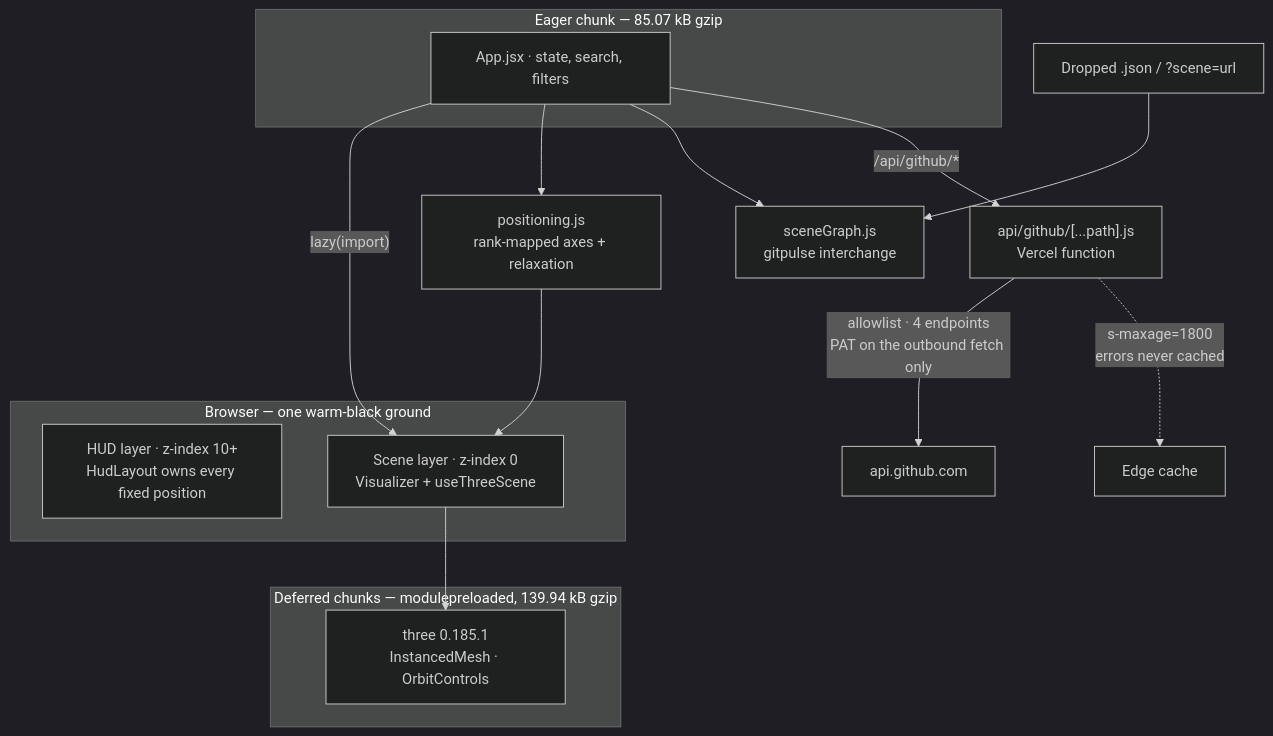
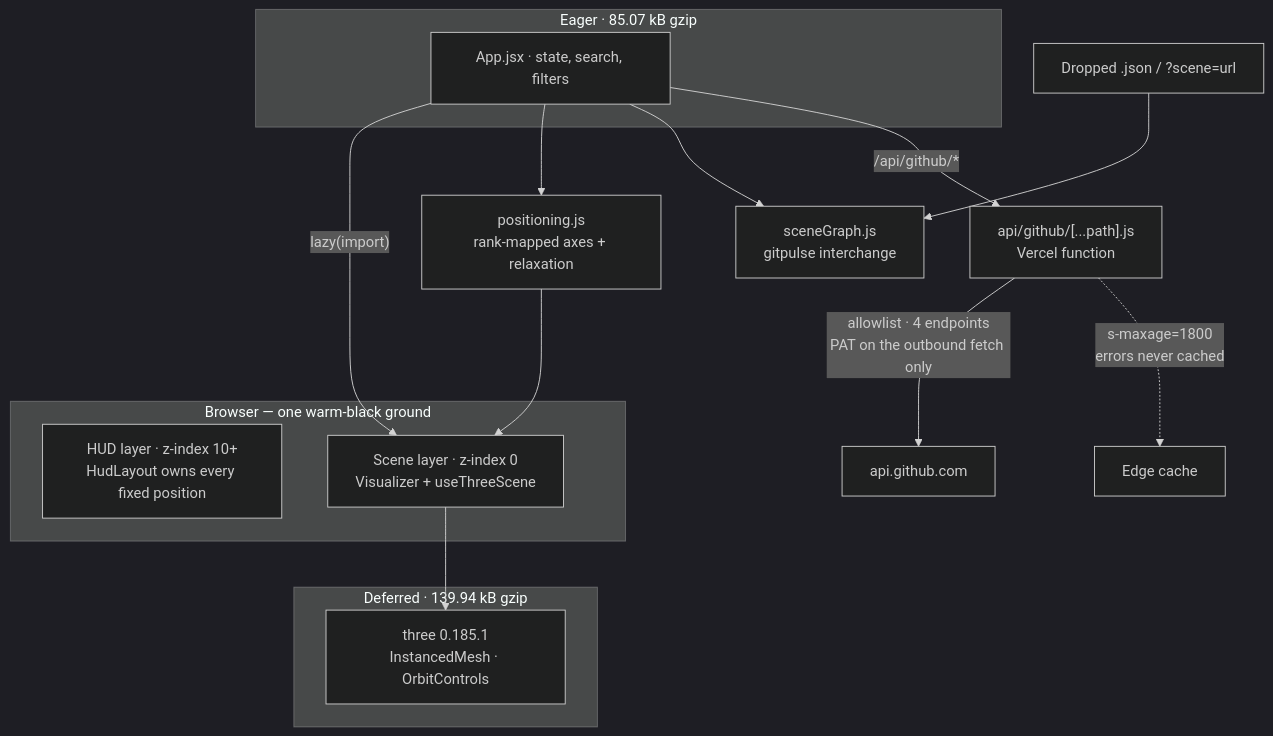
Before and after one commit to br9704/github-3d-visualizer: the diagram in README.md, drawn with Mermaid (dark theme).

Commit message:
docs: shorten the mermaid subgraph labels so they stop overrunning their boxes
Rendered the README on GitHub and looked at it, which is the only way this
would have surfaced: the deferred-chunk label collided with its own subgraph
border. Same rule as everywhere else in this repo — it renders is not it reads.

````diff
--- a/README.md
+++ b/README.md
@@ -50,29 +50,29 @@
 ```mermaid
 flowchart TD
     subgraph browser["Browser — one warm-black ground"]
         HUD["HUD layer · z-index 10+<br/>HudLayout owns every fixed position"]
         SCENE["Scene layer · z-index 0<br/>Visualizer + useThreeScene"]
     end
 
-    subgraph eager["Eager chunk — 85.07 kB gzip"]
+    subgraph eager["Eager · 85.07 kB gzip"]
         APP["App.jsx · state, search, filters"]
         HUD
     end
 
-    subgraph deferred["Deferred chunks — modulepreloaded, 139.94 kB gzip"]
+    subgraph deferred["Deferred · 139.94 kB gzip"]
         SCENE
         THREE["three 0.185.1<br/>InstancedMesh · OrbitControls"]
     end
 
     APP -->|"lazy(import)"| SCENE
     SCENE --> THREE
     APP --> POS["positioning.js<br/>rank-mapped axes + relaxation"]
     POS --> SCENE
     APP --> GRAPH["sceneGraph.js<br/>gitpulse interchange"]
 
     APP -->|"/api/github/*"| PROXY["api/github/[...path].js<br/>Vercel function"]
     PROXY -->|"allowlist · 4 endpoints<br/>PAT on the outbound fetch only"| GH["api.github.com"]
     PROXY -.->|"s-maxage=1800<br/>errors never cached"| EDGE["Edge cache"]
 
     FILE["Dropped .json / ?scene=url"] --> GRAPH
 ```
````
